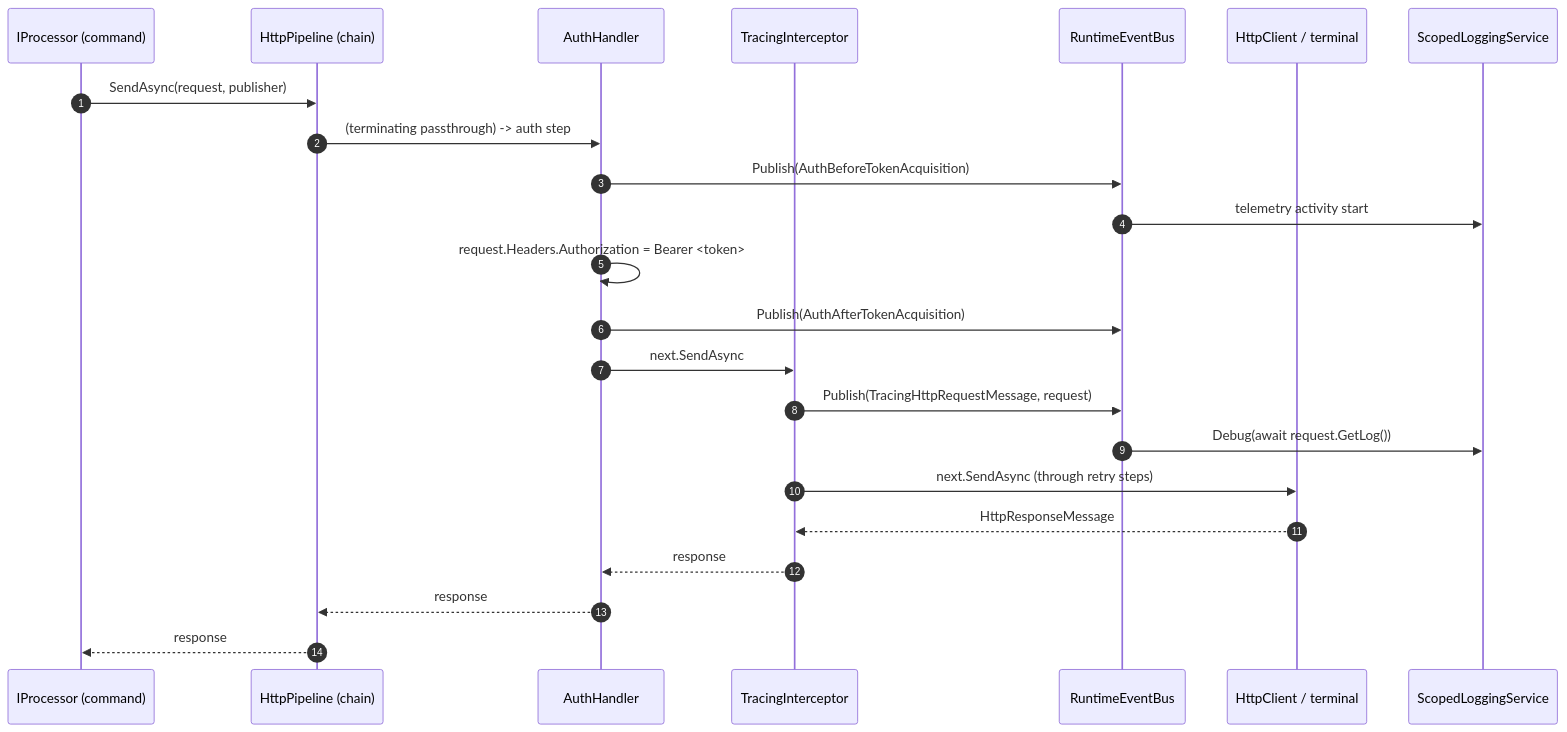
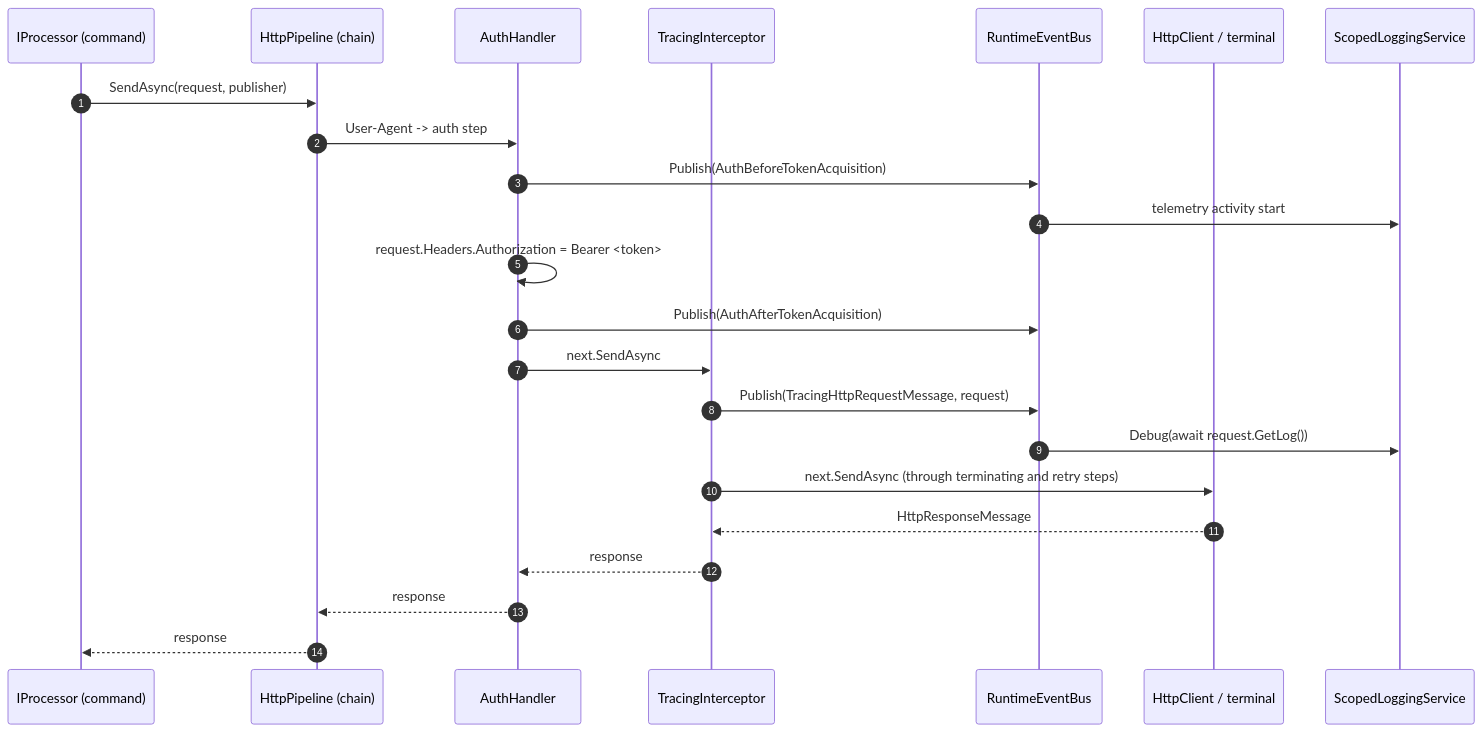
One commit to Azure/azclips changed the second of 2 diagrams in wiki/02-deep-dive/http-pipeline.md. Above: the diagram before and after it, drawn with Mermaid. The commit also changed other lines of this file and 41 other files, not shown here.

````diff
--- a/wiki/02-deep-dive/http-pipeline.md
+++ b/wiki/02-deep-dive/http-pipeline.md
@@ -180,26 +184,26 @@
 ```mermaid
 sequenceDiagram
     autonumber
     participant Cmd as IProcessor (command)
     participant Pipe as HttpPipeline (chain)
     participant Auth as AuthHandler
     participant Trace as TracingInterceptor
     participant Bus as RuntimeEventBus
     participant Net as HttpClient / terminal
     participant Log as ScopedLoggingService
 
     Cmd->>Pipe: SendAsync(request, publisher)
-    Pipe->>Auth: (terminating passthrough) -> auth step
+    Pipe->>Auth: User-Agent -> auth step
     Auth->>Bus: Publish(AuthBeforeTokenAcquisition)
     Bus->>Log: telemetry activity start
     Auth->>Auth: request.Headers.Authorization = Bearer <token>
     Auth->>Bus: Publish(AuthAfterTokenAcquisition)
     Auth->>Trace: next.SendAsync
     Trace->>Bus: Publish(TracingHttpRequestMessage, request)
     Bus->>Log: Debug(await request.GetLog())
-    Trace->>Net: next.SendAsync (through retry steps)
+    Trace->>Net: next.SendAsync (through terminating and retry steps)
     Net-->>Trace: HttpResponseMessage
     Trace-->>Auth: response
     Auth-->>Pipe: response
     Pipe-->>Cmd: response
 ```
````
